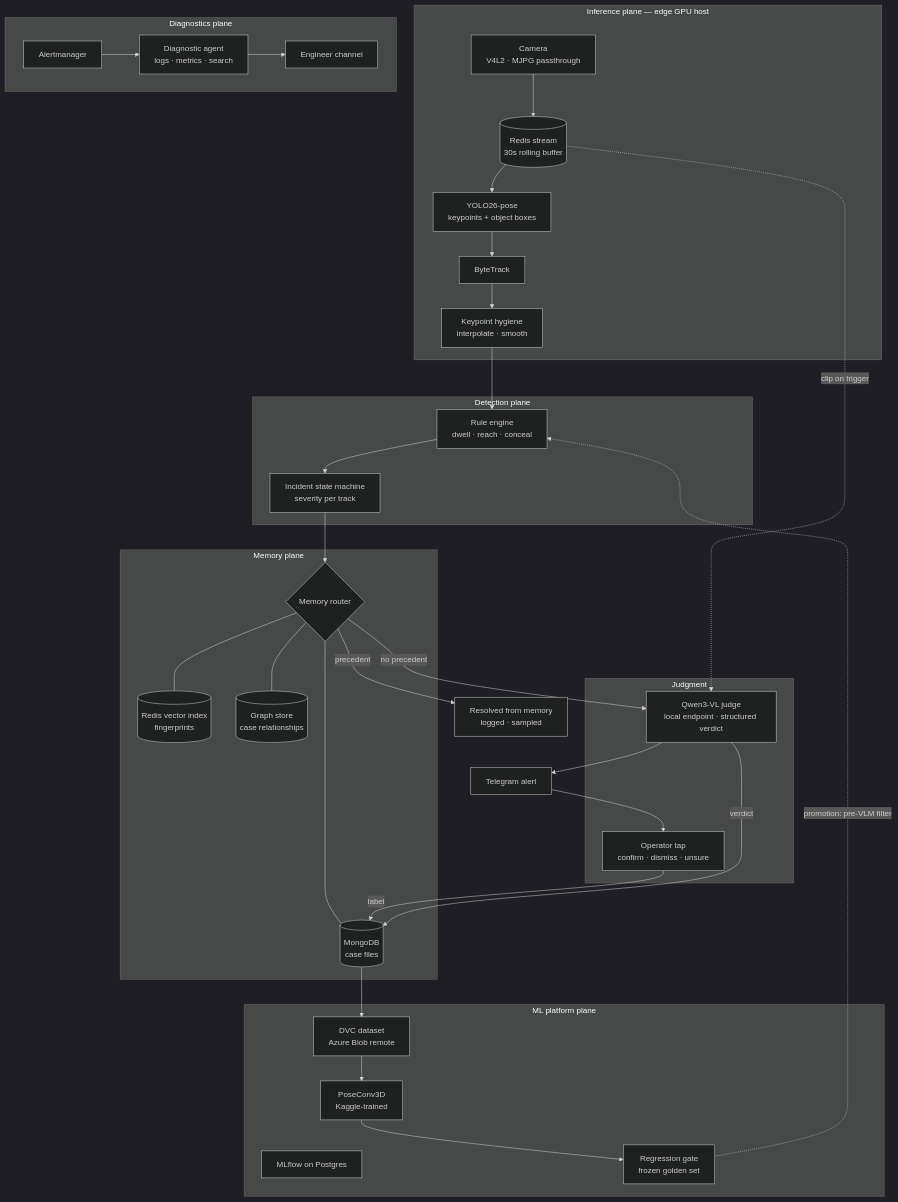
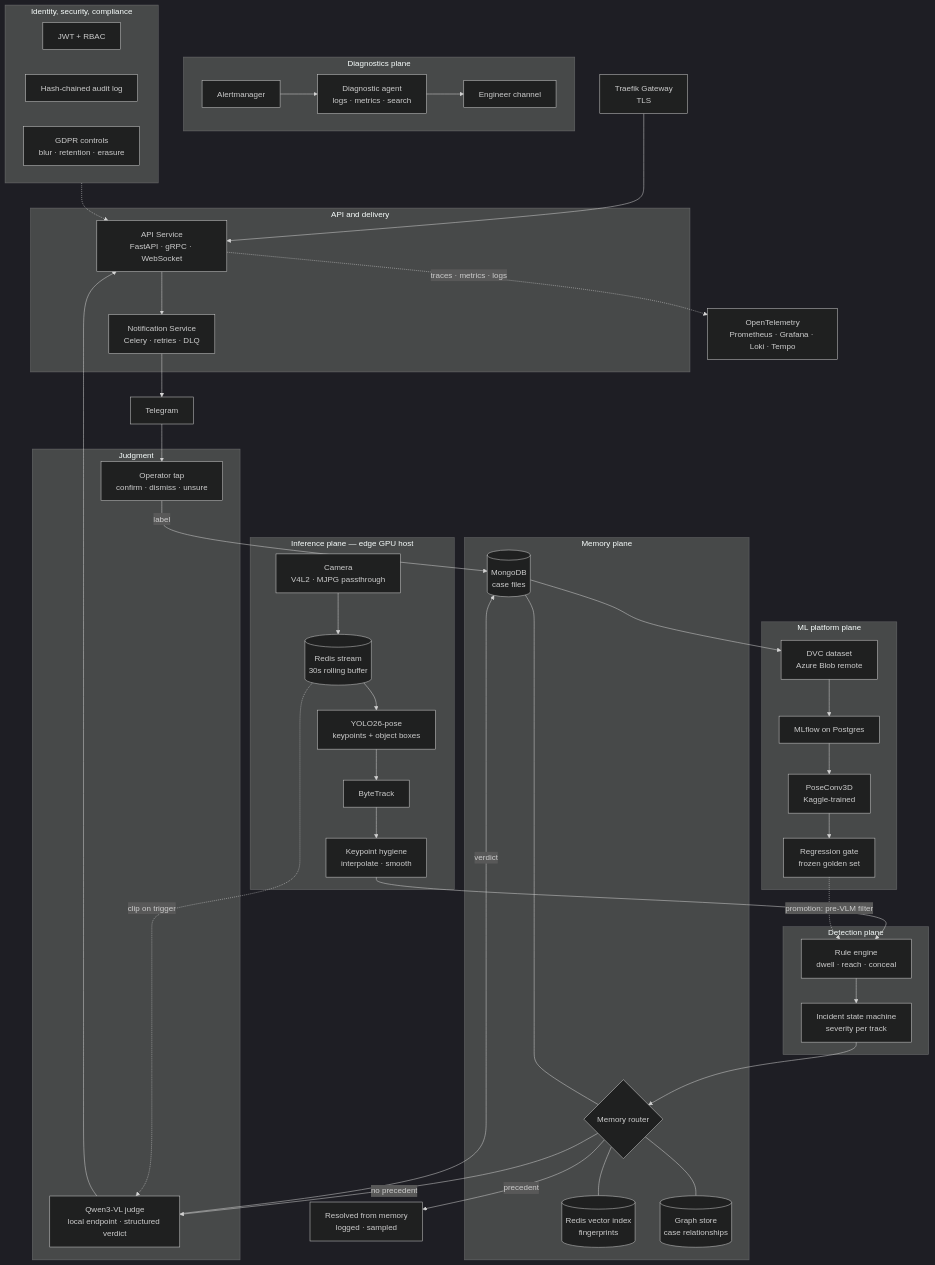
The diagram in README.md (Nizar7kabbaj/theft-detection-platform), drawn with Mermaid (dark theme) before and after one commit.

Commit message:
docs: rewrite root readme

````diff
--- a/README.md
+++ b/README.md
@@ -98,50 +98,66 @@
 ```mermaid
 flowchart TB
     subgraph edge["Inference plane — edge GPU host"]
         cam[Camera<br/>V4L2 · MJPG passthrough] --> stream[(Redis stream<br/>30s rolling buffer)]
         stream --> pose[YOLO26-pose<br/>keypoints + object boxes]
         pose --> track[ByteTrack] --> hygiene[Keypoint hygiene<br/>interpolate · smooth]
     end
 
     subgraph detect["Detection plane"]
         hygiene --> rules[Rule engine<br/>dwell · reach · conceal]
         rules --> incident[Incident state machine<br/>severity per track]
     end
 
     subgraph memory["Memory plane"]
         router{Memory router}
         vec[(Redis vector index<br/>fingerprints)]
         cases[(MongoDB<br/>case files)]
         graphdb[(Graph store<br/>case relationships)]
         router --- vec
         router --- cases
         router --- graphdb
     end
 
     subgraph judge["Judgment"]
         vlm[Qwen3-VL judge<br/>local endpoint · structured verdict]
         human[Operator tap<br/>confirm · dismiss · unsure]
     end
 
+    subgraph core["API and delivery"]
+        api[API Service<br/>FastAPI · gRPC · WebSocket]
+        notif[Notification Service<br/>Celery · retries · DLQ]
+    end
+
     subgraph flywheel["ML platform plane"]
         dvc[DVC dataset<br/>Azure Blob remote]
         mlf[MLflow on Postgres]
         p3d[PoseConv3D<br/>Kaggle-trained]
         gate[Regression gate<br/>frozen golden set]
     end
 
     subgraph diag["Diagnostics plane"]
         am[Alertmanager] --> doctor[Diagnostic agent<br/>logs · metrics · search]
         doctor --> ops[Engineer channel]
     end
 
+    subgraph sec["Identity, security, compliance"]
+        auth[JWT + RBAC]
+        audit[Hash-chained audit log]
+        gdpr[GDPR controls<br/>blur · retention · erasure]
+    end
+
     incident --> router
     router -- precedent --> resolved[Resolved from memory<br/>logged · sampled]
     router -- no precedent --> vlm
-    vlm --> tg[Telegram alert] --> human
+    stream -. clip on trigger .-> vlm
+    vlm --> api
+    api --> notif --> tg[Telegram]
+    tg --> human
     human -- label --> cases
     vlm -- verdict --> cases
-    cases --> dvc --> p3d --> gate
+    cases --> dvc --> mlf --> p3d --> gate
     gate -. promotion: pre-VLM filter .-> rules
-    stream -. clip on trigger .-> vlm
+    traefik[Traefik Gateway<br/>TLS] --> api
+    sec -.-> api
+    api -. traces · metrics · logs .-> otel[OpenTelemetry<br/>Prometheus · Grafana · Loki · Tempo]
 ```
````
